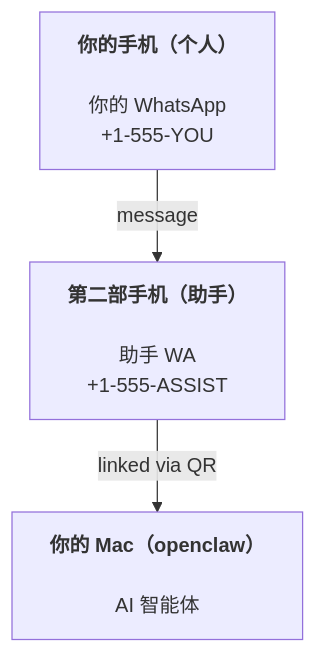
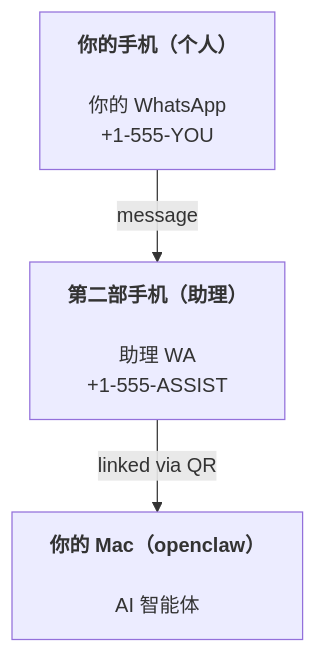
One commit to daichangya/openclaw-docs changed the diagram in docs/zh-CN/start/openclaw.md. Above: the diagram before and after it, drawn with Mermaid. The commit also changed other lines of this file and 130 other files, not shown here.

````diff
--- a/docs/zh-CN/start/openclaw.md
+++ b/docs/zh-CN/start/openclaw.md
@@ -45,5 +43,5 @@
 ```mermaid
 flowchart TB
-    A["<b>你的手机（个人）<br></b><br>你的 WhatsApp<br>+1-555-YOU"] -- message --> B["<b>第二部手机（助手）<br></b><br>助手 WA<br>+1-555-ASSIST"]
+    A["<b>你的手机（个人）<br></b><br>你的 WhatsApp<br>+1-555-YOU"] -- message --> B["<b>第二部手机（助理）<br></b><br>助理 WA<br>+1-555-ASSIST"]
     B -- linked via QR --> C["<b>你的 Mac（openclaw）<br></b><br>AI 智能体"]
 ```
````
